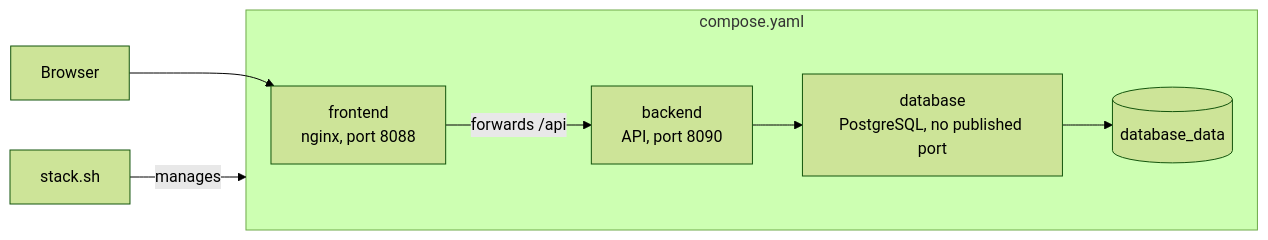
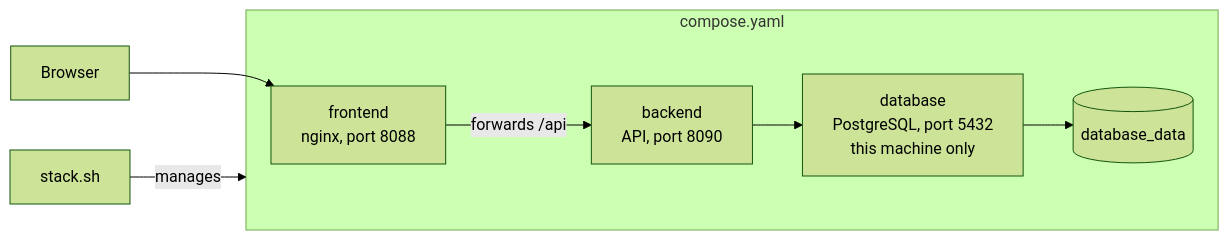
One commit to biruklarebo/veylith changed the second of 5 diagrams in docs/containers.md. Above: the diagram before and after it, drawn with Mermaid (forest theme). The commit also changed other lines of this file and 22 other files, not shown here.

````diff
--- a/docs/containers.md
+++ b/docs/containers.md
@@ -24,18 +24,18 @@
 ```mermaid
 flowchart LR
     browser["Browser"]
     stack["stack.sh"]
 
     subgraph compose["compose.yaml"]
         frontend["frontend<br/>nginx, port 8088"]
         backend["backend<br/>API, port 8090"]
-        database["database<br/>PostgreSQL, no published port"]
+        database["database<br/>PostgreSQL, port 5432<br/>this machine only"]
         volume[("database_data")]
     end
 
     stack -- manages --> compose
     browser --> frontend
     frontend -- "forwards /api" --> backend
     backend --> database
     database --> volume
 ```
````
